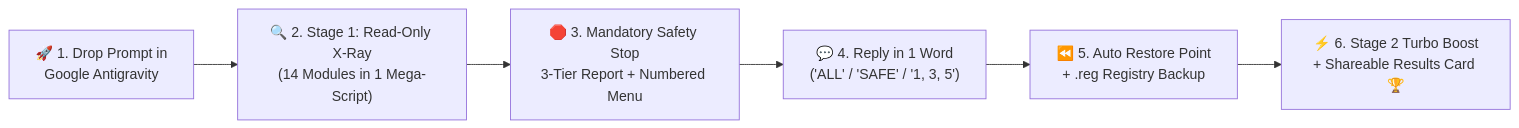
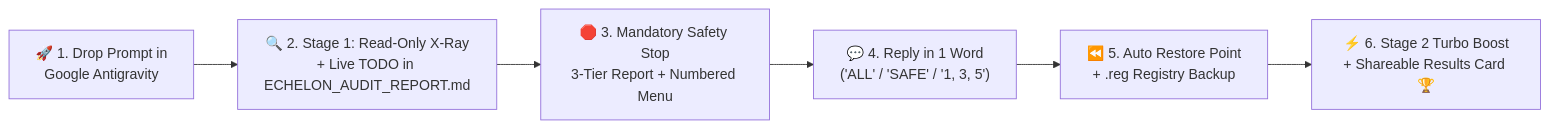
One commit to abutnyak/echelon-pc-doctor changed the diagram in README.md. Above: the diagram before and after it, drawn with Mermaid. The commit also changed other lines of this file and 2 other files, not shown here.

Commit message:
feat(v1.1): add Module-by-Module TODO pipeline for Gemini Flash Free Tier & fix Quick Start HTML table with copy buttons

````diff
--- a/README.md
+++ b/README.md
@@ -66,8 +92,8 @@
 ```mermaid
 flowchart LR
-    A["🚀 1. Drop Prompt in\nGoogle Antigravity"] --> B["🔍 2. Stage 1: Read-Only X-Ray\n(14 Modules in 1 Mega-Script)"]
+    A["🚀 1. Drop Prompt in\nGoogle Antigravity"] --> B["🔍 2. Stage 1: Read-Only X-Ray\n+ Live TODO in ECHELON_AUDIT_REPORT.md"]
     B --> C["🛑 3. Mandatory Safety Stop\n3-Tier Report + Numbered Menu"]
     C --> D["💬 4. Reply in 1 Word\n('ALL' / 'SAFE' / '1, 3, 5')"]
     D --> E["⏪ 5. Auto Restore Point\n+ .reg Registry Backup"]
     E --> F["⚡ 6. Stage 2 Turbo Boost\n+ Shareable Results Card 🏆"]
 ```
````
